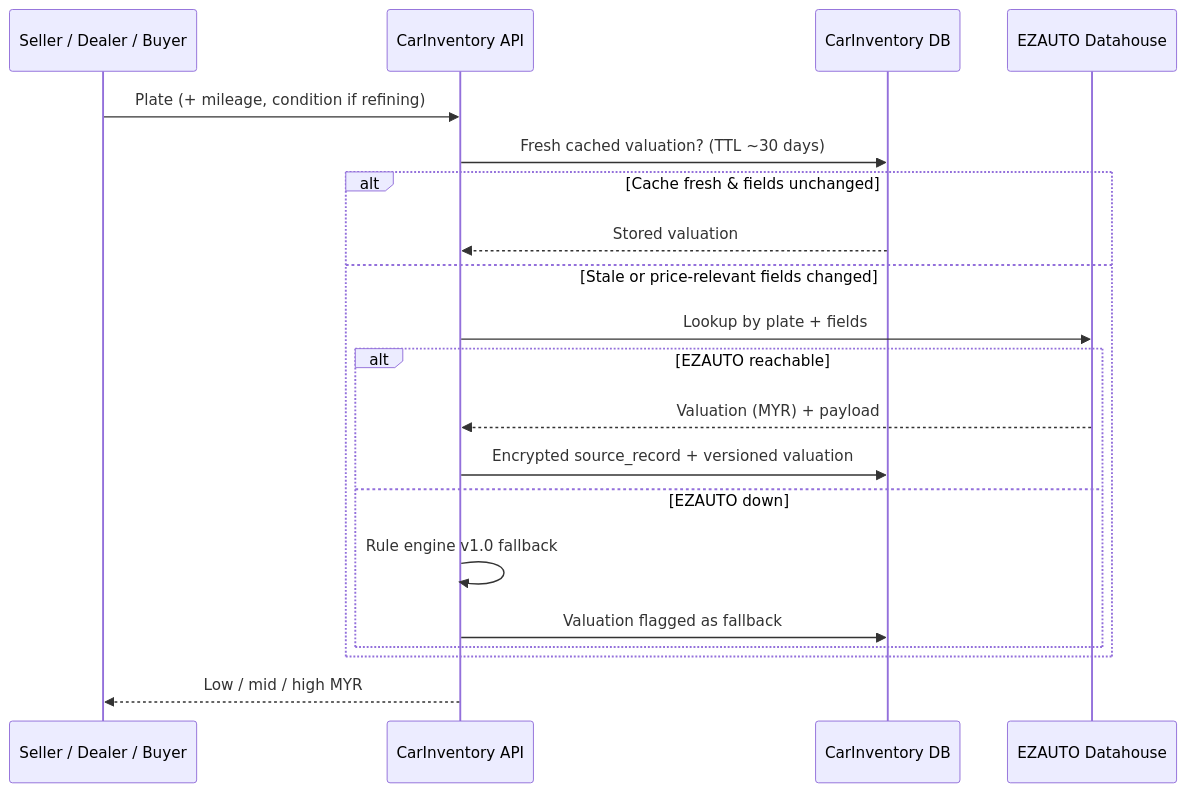
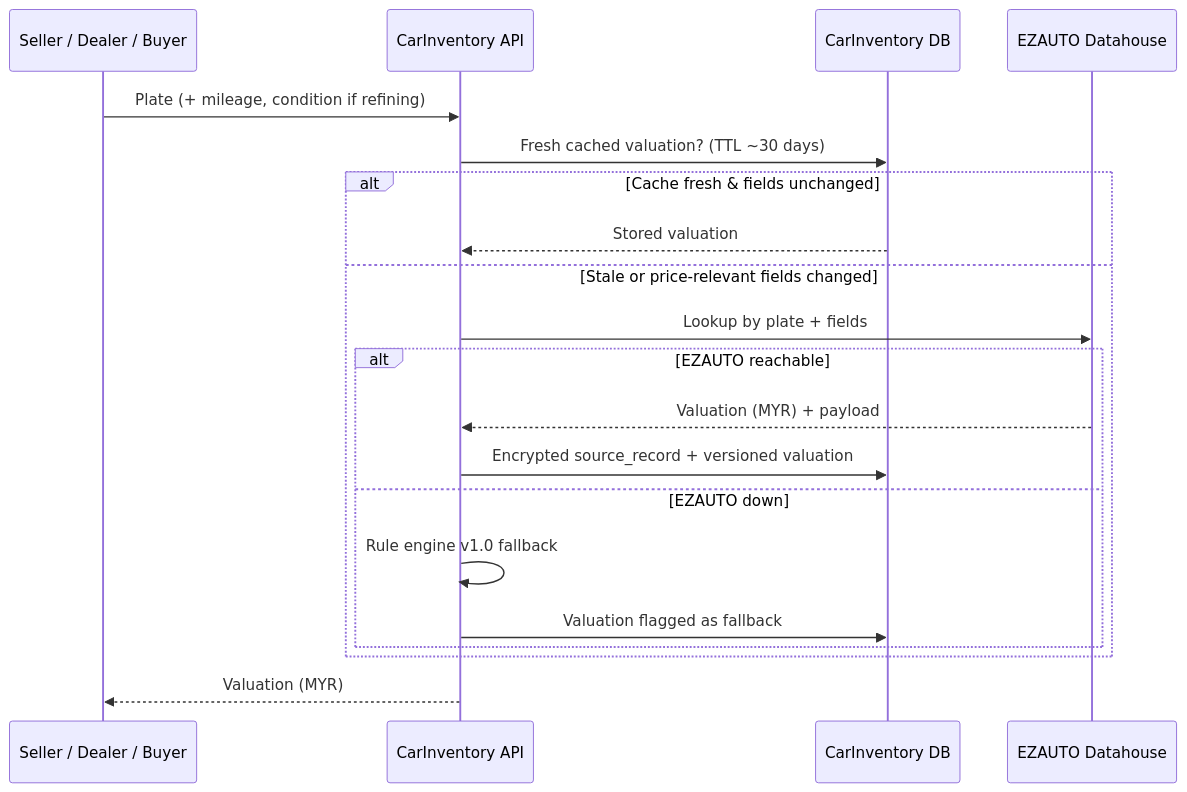
Before and after one commit to chiageng/vehicle-inventory: the third of 7 diagrams in docs/flow.md, drawn with Mermaid. The commit also changed other lines of this file and 101 other files, not shown here.

````diff
--- a/docs/flow.md
+++ b/docs/flow.md
@@ -57,23 +62,23 @@
 ```mermaid
 sequenceDiagram
     participant User as Seller / Dealer / Buyer
     participant API as CarInventory API
     participant DB as CarInventory DB
     participant EZAUTO as EZAUTO Datahouse
 
     User->>API: Plate (+ mileage, condition if refining)
     API->>DB: Fresh cached valuation? (TTL ~30 days)
     alt Cache fresh & fields unchanged
         DB-->>API: Stored valuation
     else Stale or price-relevant fields changed
         API->>EZAUTO: Lookup by plate + fields
         alt EZAUTO reachable
             EZAUTO-->>API: Valuation (MYR) + payload
             API->>DB: Encrypted source_record + versioned valuation
         else EZAUTO down
             API->>API: Rule engine v1.0 fallback
             API->>DB: Valuation flagged as fallback
         end
     end
-    API-->>User: Low / mid / high MYR
+    API-->>User: Valuation (MYR)
 ```
````
